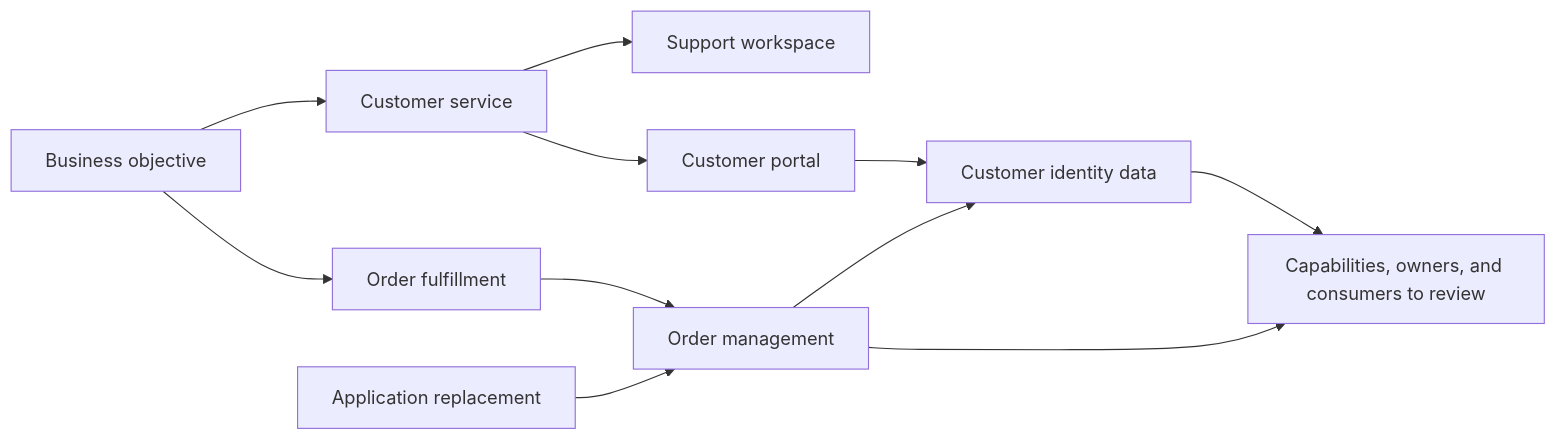
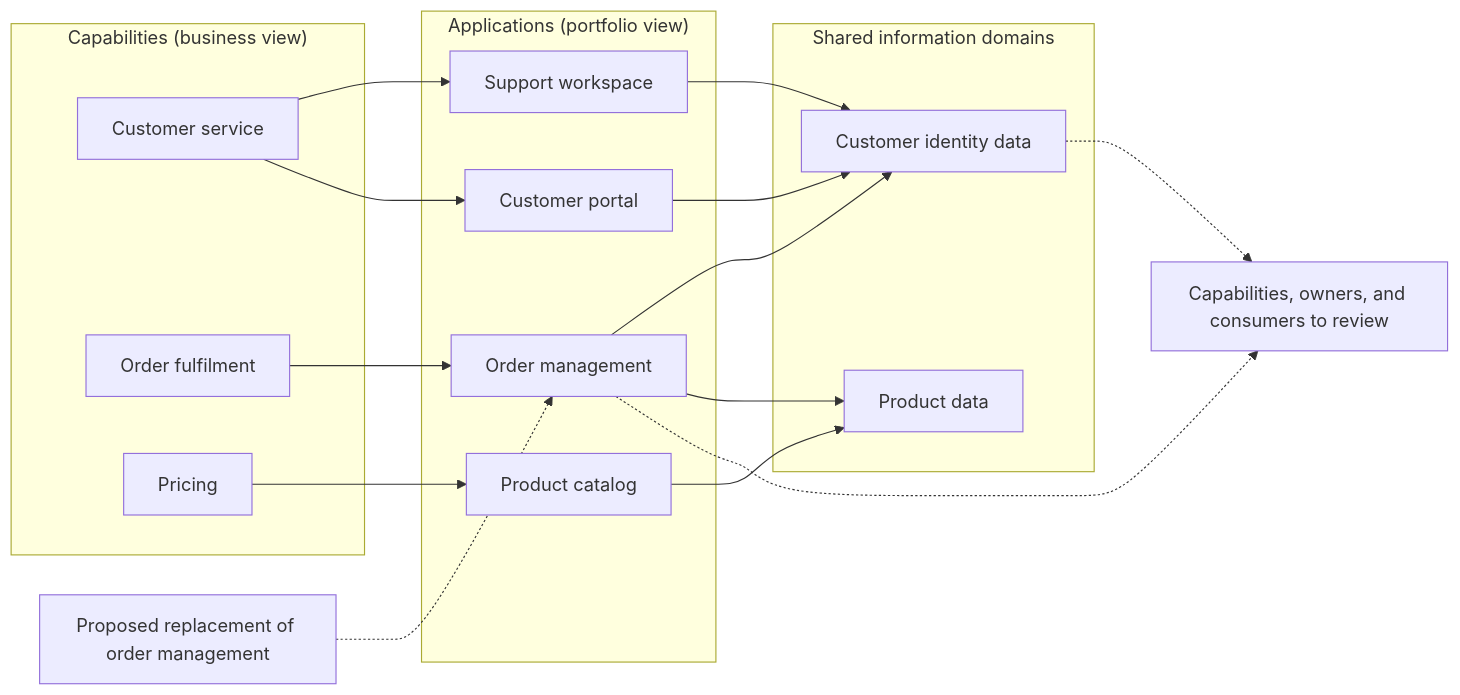
One commit to joydasss/Architect changed the eighth of 10 diagrams in 18_Enterprise_Architecture/CH05_Application_Architecture.md. Above: the diagram before and after it, drawn with Mermaid. The commit also changed other lines of this file and 22 other files, not shown here.

Commit message:
Architecture changes

````diff
--- a/18_Enterprise_Architecture/CH05_Application_Architecture.md
+++ b/18_Enterprise_Architecture/CH05_Application_Architecture.md
@@ -87,13 +383,30 @@
 ```mermaid
 flowchart LR
-    Strategy[Business objective] --> CapabilityA[Customer service]
-    Strategy --> CapabilityB[Order fulfillment]
-    CapabilityA --> AppA[Support workspace]
-    CapabilityA --> AppB[Customer portal]
-    CapabilityB --> AppC[Order management]
-    AppB --> Shared[Customer identity data]
-    AppC --> Shared
-    Change[Application replacement] --> AppC
-    AppC --> Impact[Capabilities, owners, and consumers to review]
-    Shared --> Impact
+    subgraph Capabilities["Capabilities (business view)"]
+        C1["Customer service"]
+        C2["Order fulfilment"]
+        C3["Pricing"]
+    end
+    subgraph Applications["Applications (portfolio view)"]
+        A1["Support workspace"]
+        A2["Customer portal"]
+        A3["Order management"]
+        A4["Product catalog"]
+    end
+    subgraph Information["Shared information domains"]
+        D1["Customer identity data"]
+        D2["Product data"]
+    end
+    C1 --> A1
+    C1 --> A2
+    C2 --> A3
+    C3 --> A4
+    A1 --> D1
+    A2 --> D1
+    A3 --> D1
+    A3 --> D2
+    A4 --> D2
+    Change["Proposed replacement of order management"] -.-> A3
+    A3 -.-> Impact["Capabilities, owners, and consumers to review"]
+    D1 -.-> Impact
 ```
````
